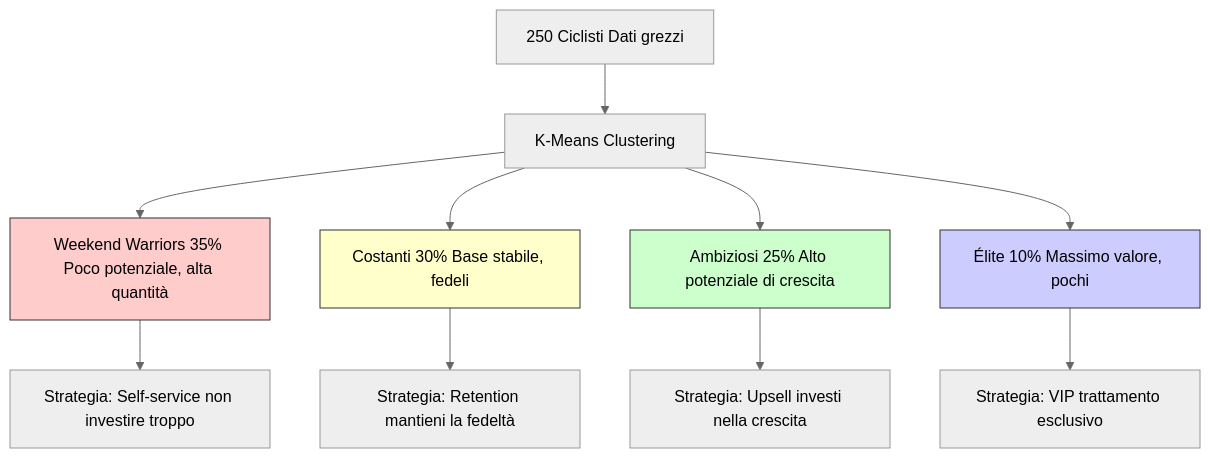
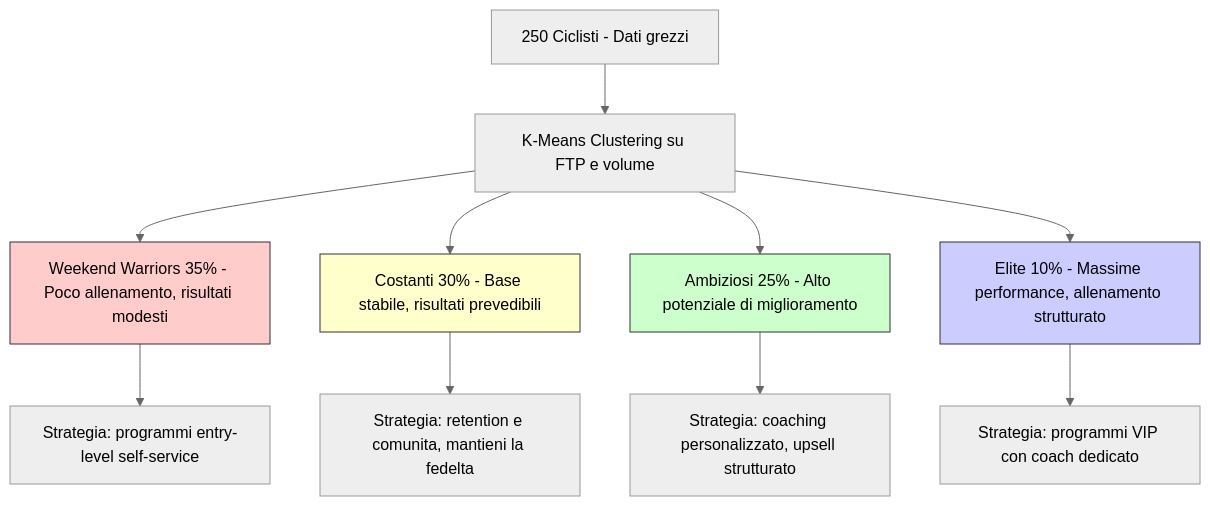
Before and after one commit to AndreyBertasini/gynnitech: the first of 2 diagrams in src/content/blog/dati-sport-ciclismo.mdx, drawn with Mermaid (neutral theme). The commit also changed other lines of this file and 27 other files, not shown here.

````diff
--- a/src/content/blog/dati-sport-ciclismo.mdx
+++ b/src/content/blog/dati-sport-ciclismo.mdx
@@ -66,18 +83,18 @@
 ```mermaid
 graph TD
-    A[250 Ciclisti Dati grezzi] --> B[K-Means Clustering]
-    B --> C["Weekend Warriors 35% Poco potenziale, alta quantità"]
-    B --> D["Costanti 30% Base stabile, fedeli"]
-    B --> E["Ambiziosi 25% Alto potenziale di crescita"]
-    B --> F["Élite 10% Massimo valore, pochi"]
-    
-    C --> G["Strategia: Self-service non investire troppo"]
-    D --> H["Strategia: Retention mantieni la fedeltà"]
-    E --> I["Strategia: Upsell investi nella crescita"]
-    F --> J["Strategia: VIP trattamento esclusivo"]
-    
+    A[250 Ciclisti - Dati grezzi] --> B[K-Means Clustering su FTP e volume]
+    B --> C["Weekend Warriors 35% - Poco allenamento, risultati modesti"]
+    B --> D["Costanti 30% - Base stabile, risultati prevedibili"]
+    B --> E["Ambiziosi 25% - Alto potenziale di miglioramento"]
+    B --> F["Elite 10% - Massime performance, allenamento strutturato"]
+
+    C --> G["Strategia: programmi entry-level self-service"]
+    D --> H["Strategia: retention e comunita, mantieni la fedelta"]
+    E --> I["Strategia: coaching personalizzato, upsell strutturato"]
+    F --> J["Strategia: programmi VIP con coach dedicato"]
+
     style C fill:#ffcccc,stroke:#333
     style D fill:#ffffcc,stroke:#333
     style E fill:#ccffcc,stroke:#333
     style F fill:#ccccff,stroke:#333
 ```
````
